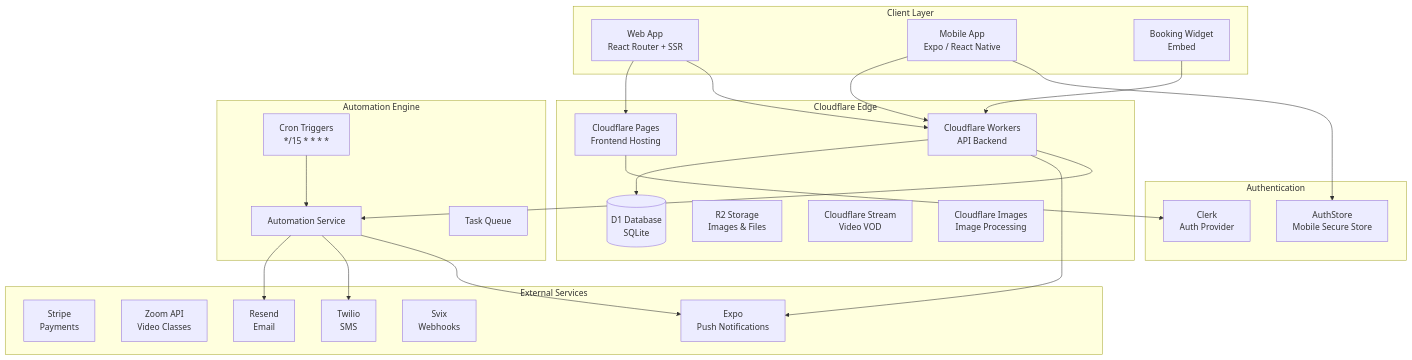
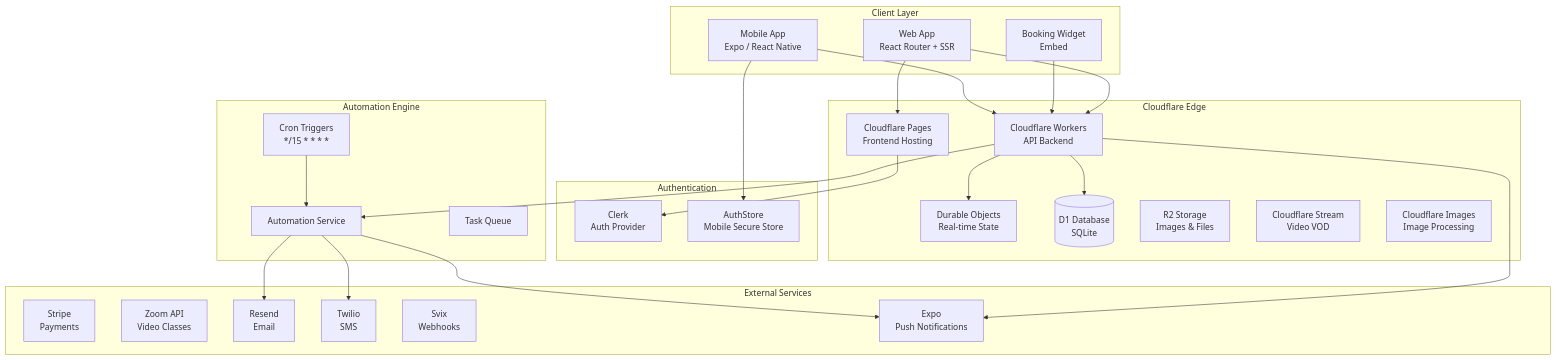
One commit to slichti/studio-platform-dev changed the first of 5 diagrams in docs/architecture.md. Above: the diagram before and after it, drawn with Mermaid. The commit also changed other lines of this file and 1 other file, not shown here.

Commit message:
docs: update system architecture and schema diagrams

````diff
--- a/docs/architecture.md
+++ b/docs/architecture.md
@@ -5,54 +5,56 @@
 ```mermaid
 flowchart TB
     subgraph "Client Layer"
         WEB[Web App<br/>React Router + SSR]
         MOBILE[Mobile App<br/>Expo / React Native]
         WIDGET[Booking Widget<br/>Embed]
     end
 
     subgraph "Cloudflare Edge"
         PAGES[Cloudflare Pages<br/>Frontend Hosting]
         WORKERS[Cloudflare Workers<br/>API Backend]
+        DO[Durable Objects<br/>Real-time State]
         D1[(D1 Database<br/>SQLite)]
         R2[R2 Storage<br/>Images & Files]
         STREAM[Cloudflare Stream<br/>Video VOD]
         IMAGES[Cloudflare Images<br/>Image Processing]
     end
 
     subgraph "Authentication"
         CLERK[Clerk<br/>Auth Provider]
         STORE[AuthStore<br/>Mobile Secure Store]
     end
 
     subgraph "External Services"
         STRIPE[Stripe<br/>Payments]
         ZOOM[Zoom API<br/>Video Classes]
         RESEND[Resend<br/>Email]
         TWILIO[Twilio<br/>SMS]
         SVIX[Svix<br/>Webhooks]
         EXPO[Expo<br/>Push Notifications]
     end
 
     WEB --> PAGES
     WEB --> WORKERS
     WIDGET --> WORKERS
     MOBILE --> WORKERS
 
     PAGES --> CLERK
     MOBILE --> STORE
     WORKERS --> D1
+    WORKERS --> DO
     
     WORKERS --> EXPO
     
     subgraph "Automation Engine"
         AUTO[Automation Service]
         QUEUE[Task Queue]
         CRON[Cron Triggers<br/>*/15 * * * *]
     end
     
     WORKERS --> AUTO
     CRON --> AUTO
     AUTO --> RESEND
     AUTO --> TWILIO
     AUTO --> EXPO
 ```
````
